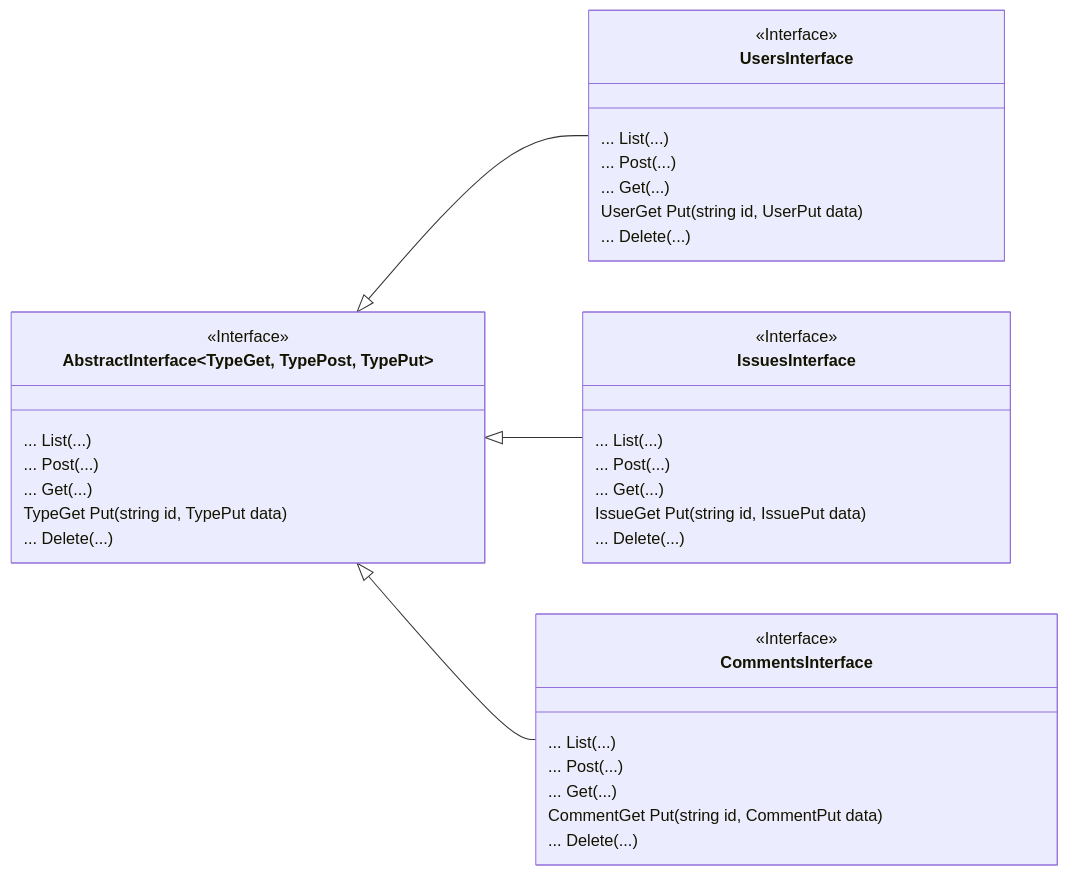
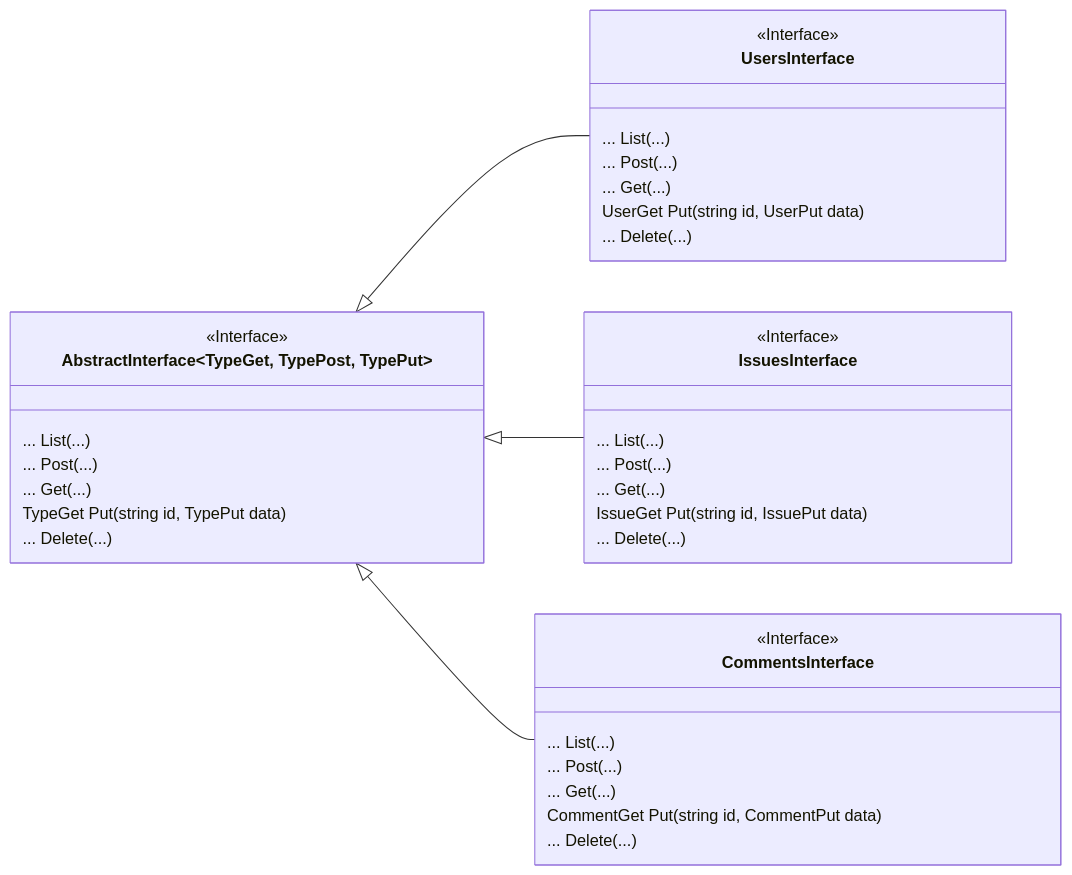
Before and after one commit to ghackenberg/csharp-maui-aspnet-sample: the diagram in Models/Interface/Put.mmd, drawn with Mermaid. The commit also changed 41 other files, not shown here.

```diff
--- a/Models/Interface/Put.mmd
+++ b/Models/Interface/Put.mmd
@@ -1,43 +1,43 @@
 classDiagram
 
     direction LR
 
     class AbstractInterface~TypeGet, TypePost, TypePut~ {
         <<Interface>>
         ... List(...)
         ... Post(...)
         ... Get(...)
         TypeGet Put(string id, TypePut data)
         ... Delete(...)
     }
 
     class UsersInterface["&nbsp;&nbsp;&nbsp;&nbsp;&nbsp;&nbsp;&nbsp;&nbsp;&nbsp;&nbsp;&nbsp;&nbsp;&nbsp;&nbsp;&nbsp;&nbsp;UsersInterface&nbsp;&nbsp;&nbsp;&nbsp;&nbsp;&nbsp;&nbsp;&nbsp;&nbsp;&nbsp;&nbsp;&nbsp;&nbsp;&nbsp;&nbsp;&nbsp;"] {
         <<Interface>>
         ... List(...)
         ... Post(...)
         ... Get(...)
         UserGet Put(string id, UserPut data)
         ... Delete(...)
     }
 
     class IssuesInterface["&nbsp;&nbsp;&nbsp;&nbsp;&nbsp;&nbsp;&nbsp;&nbsp;&nbsp;&nbsp;&nbsp;&nbsp;&nbsp;&nbsp;&nbsp;&nbsp;IssuesInterface&nbsp;&nbsp;&nbsp;&nbsp;&nbsp;&nbsp;&nbsp;&nbsp;&nbsp;&nbsp;&nbsp;&nbsp;&nbsp;&nbsp;&nbsp;&nbsp;"] {
         <<Interface>>
         ... List(...)
         ... Post(...)
         ... Get(...)
         IssueGet Put(string id, IssuePut data)
         ... Delete(...)
     }
 
-    class CommentsInterface["&nbsp;&nbsp;&nbsp;&nbsp;&nbsp;&nbsp;&nbsp;&nbsp;&nbsp;&nbsp;&nbsp;&nbsp;&nbsp;&nbsp;&nbsp;&nbsp;&nbsp;&nbsp;&nbsp;CommentsInterface&nbsp;&nbsp;&nbsp;&nbsp;&nbsp;&nbsp;&nbsp;&nbsp;&nbsp;&nbsp;&nbsp;&nbsp;&nbsp;&nbsp;&nbsp;&nbsp;&nbsp;&nbsp;&nbsp;"] {
+    class CommentsInterface["&nbsp;&nbsp;&nbsp;&nbsp;&nbsp;&nbsp;&nbsp;&nbsp;&nbsp;&nbsp;&nbsp;&nbsp;&nbsp;&nbsp;&nbsp;&nbsp;&nbsp;&nbsp;&nbsp;&nbsp;CommentsInterface&nbsp;&nbsp;&nbsp;&nbsp;&nbsp;&nbsp;&nbsp;&nbsp;&nbsp;&nbsp;&nbsp;&nbsp;&nbsp;&nbsp;&nbsp;&nbsp;&nbsp;&nbsp;&nbsp;&nbsp;"] {
         <<Interface>>
         ... List(...)
         ... Post(...)
         ... Get(...)
         CommentGet Put(string id, CommentPut data)
         ... Delete(...)
     }
     
     AbstractInterface <|-- UsersInterface
     AbstractInterface <|-- IssuesInterface
     AbstractInterface <|-- CommentsInterface
```
